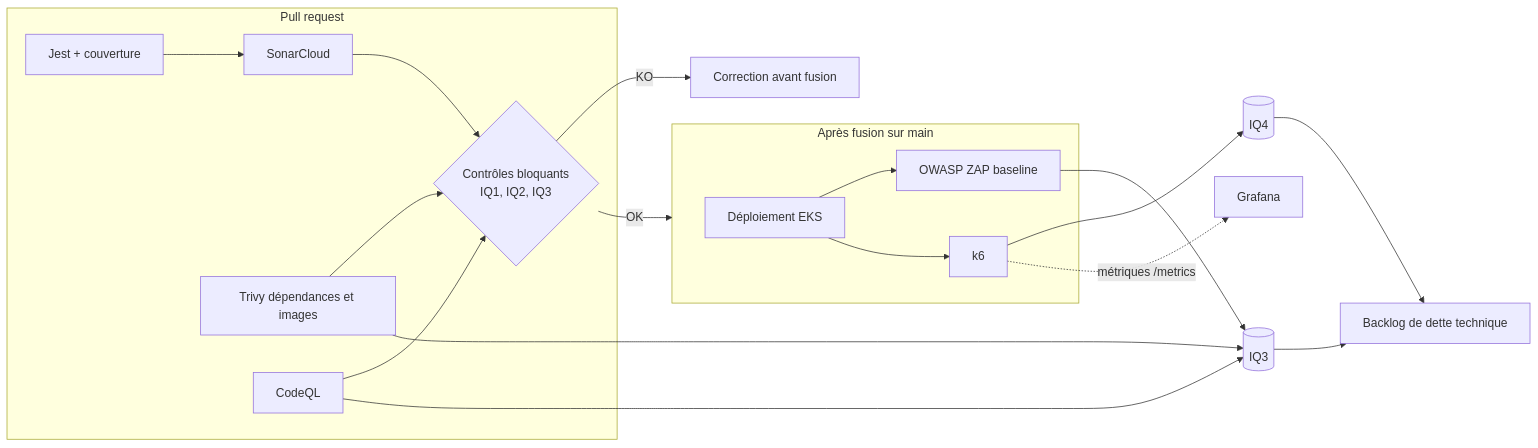
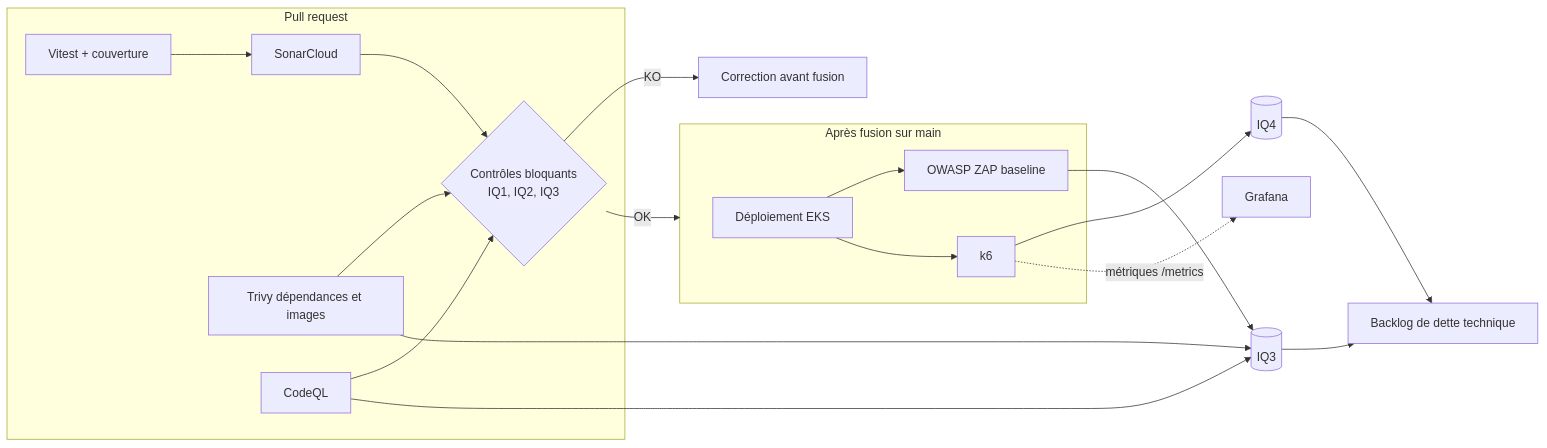
One commit to Melandry27/collector-shop changed the diagram in docs/process/indicateurs-qualite.md. Above: the diagram before and after it, drawn with Mermaid. The commit also changed other lines of this file and 77 other files, not shown here.

````diff
--- a/docs/process/indicateurs-qualite.md
+++ b/docs/process/indicateurs-qualite.md
@@ -21,22 +21,22 @@
 ```mermaid
 flowchart LR
   subgraph PR[Pull request]
-    jest[Jest + couverture] --> sonar[SonarCloud]
+    vitest[Vitest + couverture] --> sonar[SonarCloud]
     trivyfs[Trivy dépendances et images] --> gate
     codeql[CodeQL] --> gate
     sonar --> gate{Contrôles bloquants<br/>IQ1, IQ2, IQ3}
   end
   subgraph Main[Après fusion sur main]
     deploy[Déploiement EKS] --> zap[OWASP ZAP baseline]
     deploy --> k6[k6]
   end
   gate -->|OK| Main
   zap --> iq3[(IQ3)]
   trivyfs --> iq3
   codeql --> iq3
   k6 --> iq4[(IQ4)]
   k6 -. métriques /metrics .-> graf[Grafana]
   iq3 --> backlog[Backlog de dette technique]
   iq4 --> backlog
   gate -->|KO| fix[Correction avant fusion]
 ```
````
